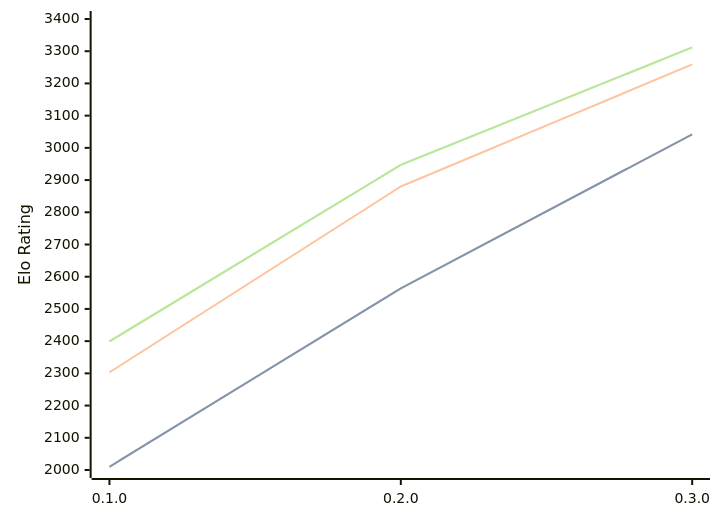
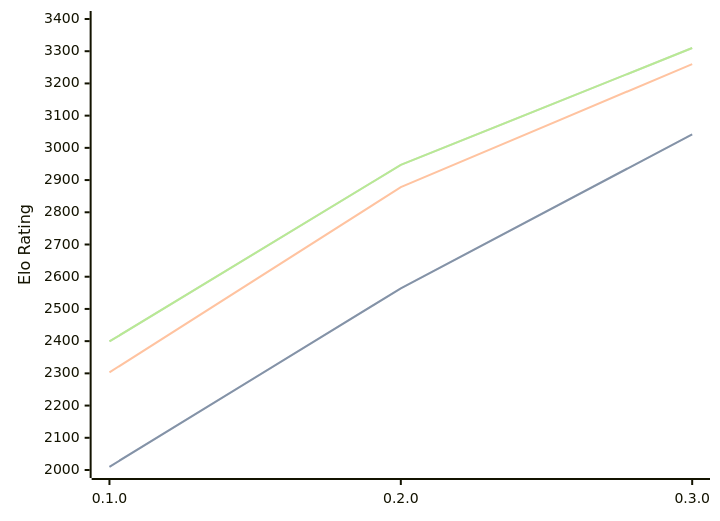
Before and after one commit to computer-chess-index/cci: the diagram in engines/Justbot.md, drawn with Mermaid. The commit also changed other lines of this file, not shown here.

Commit message:
Update CCI Ratings (ELO VLTC) - 2026-08-06

````diff
--- a/engines/Justbot.md
+++ b/engines/Justbot.md
@@ -33,11 +33,11 @@
 ```mermaid
 %%{init: {"theme":"base","themeVariables":{"seriesColors:['#a3a3a3','#222221','#faa371']}}}%%
 xychart-beta
   x-axis ["0.1.0", "0.2.0", "0.3.0"]
   y-axis "Elo Rating" 2000 --> 3400
   line "STC (8.0+0.08s)" [2010, 2564, 3042]
   line "STC (8.0+0.08s)" [2010, 2564, 3042]
-  line "LTC (60.0+0.60s)" [2303, 2880, 3259]
-  line "VLTC (2m24s+1.12s)" [2399, 2947, 3312]
-  line "VLTC (2m24s+1.12s)" [2399, 2947, 3312]
+  line "LTC (60.0+0.60s)" [2303, 2878, 3260]
+  line "VLTC (2m24s+1.12s)" [2399, 2947, 3310]
+  line "VLTC (2m24s+1.12s)" [2399, 2947, 3310]
 ```
````
